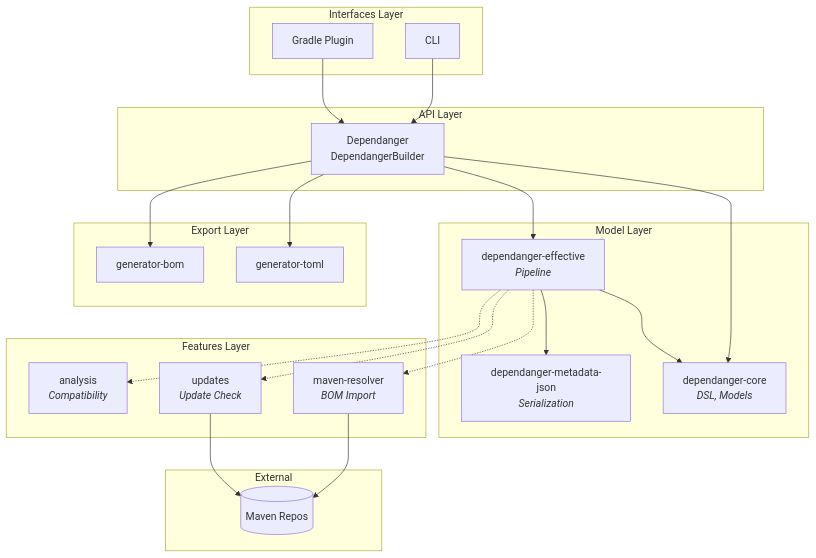
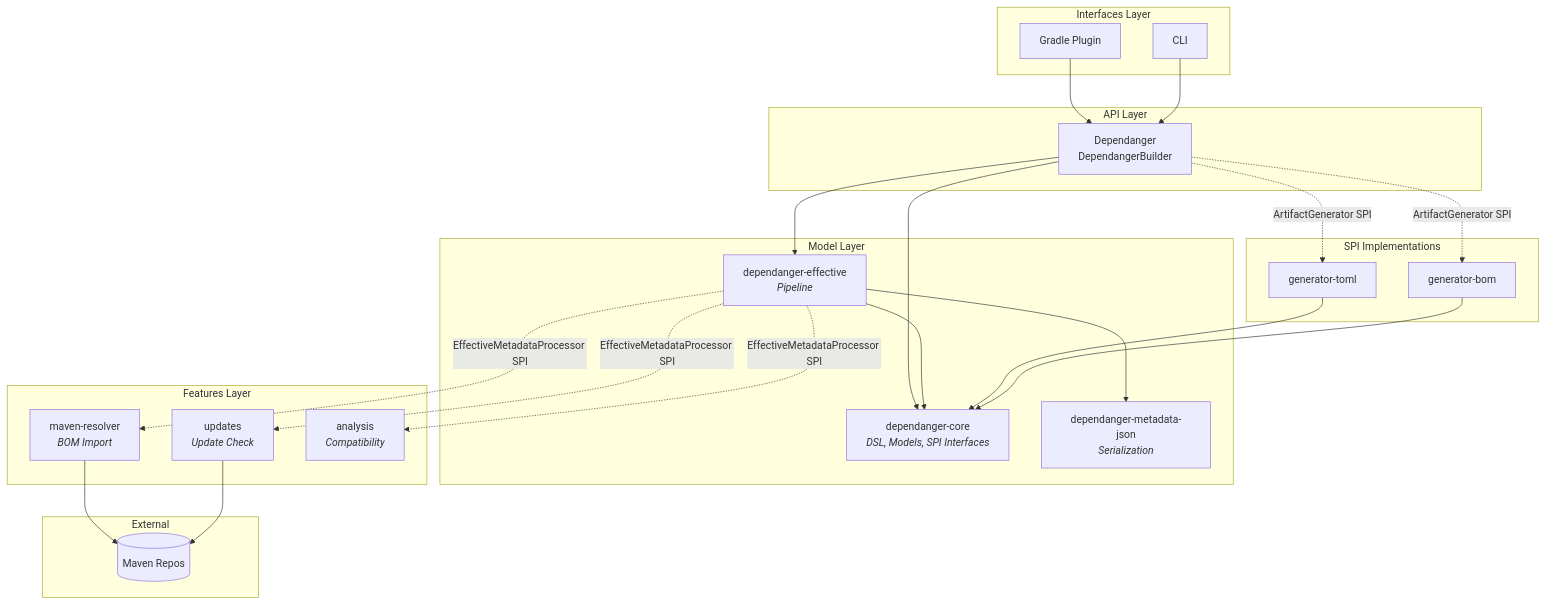
Before and after one commit to zenhelix/dependanger: the second of 5 diagrams in docs/01-concepts/architecture.adoc, drawn with Mermaid. The commit also changed other lines of this file and 9 other files, not shown here.

```diff
--- a/docs/01-concepts/architecture.adoc
+++ b/docs/01-concepts/architecture.adoc
@@ -103,50 +122,52 @@
 [mermaid,target=c4-container,format=svg]
 ----
 flowchart TB
     subgraph interfaces ["Interfaces Layer"]
         plugin["Gradle Plugin"]
         cli["CLI"]
     end
 
     subgraph api ["API Layer"]
         facade["Dependanger<br/>DependangerBuilder"]
     end
 
     subgraph model ["Model Layer"]
-        core["dependanger-core<br/><i>DSL, Models</i>"]
+        core["dependanger-core<br/><i>DSL, Models, SPI Interfaces</i>"]
         meta["dependanger-metadata-json<br/><i>Serialization</i>"]
         eff["dependanger-effective<br/><i>Pipeline</i>"]
     end
 
     subgraph features ["Features Layer"]
         resolver["maven-resolver<br/><i>BOM Import</i>"]
         updates["updates<br/><i>Update Check</i>"]
         analysis["analysis<br/><i>Compatibility</i>"]
     end
 
-    subgraph export ["Export Layer"]
+    subgraph spi ["SPI Implementations"]
         toml["generator-toml"]
         bom["generator-bom"]
     end
 
     subgraph external ["External"]
         maven[(Maven Repos)]
     end
 
     plugin --> facade
     cli --> facade
 
     facade --> core
     facade --> eff
-    facade --> toml
-    facade --> bom
+    facade -.->|"ArtifactGenerator SPI"| toml
+    facade -.->|"ArtifactGenerator SPI"| bom
 
     eff --> core
     eff --> meta
-    eff -.-> resolver
-    eff -.-> updates
-    eff -.-> analysis
+    eff -.->|"EffectiveMetadataProcessor SPI"| resolver
+    eff -.->|"EffectiveMetadataProcessor SPI"| updates
+    eff -.->|"EffectiveMetadataProcessor SPI"| analysis
 
+    toml --> core
+    bom --> core
     resolver --> maven
     updates --> maven
 ----
```
